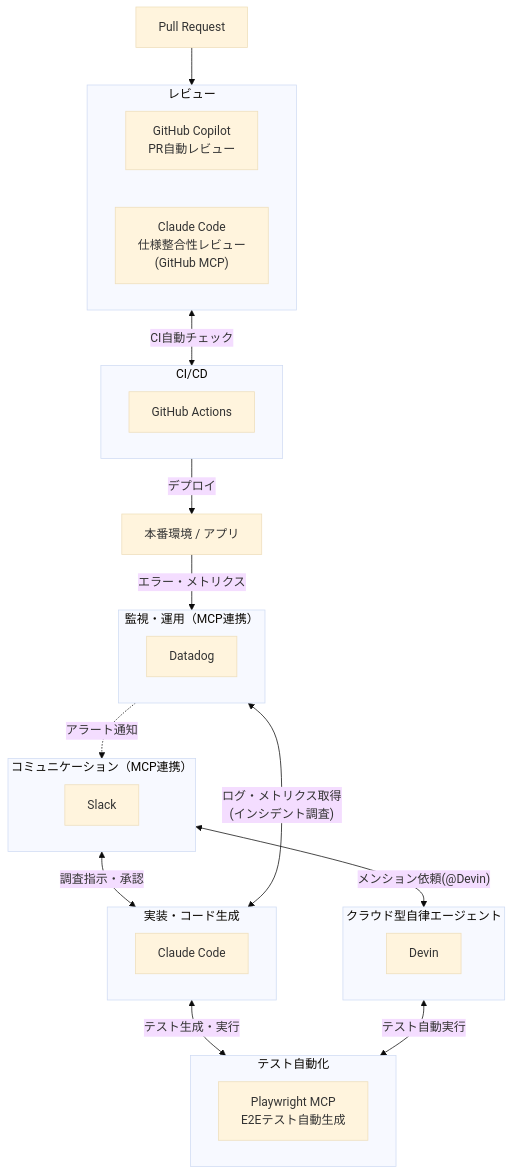
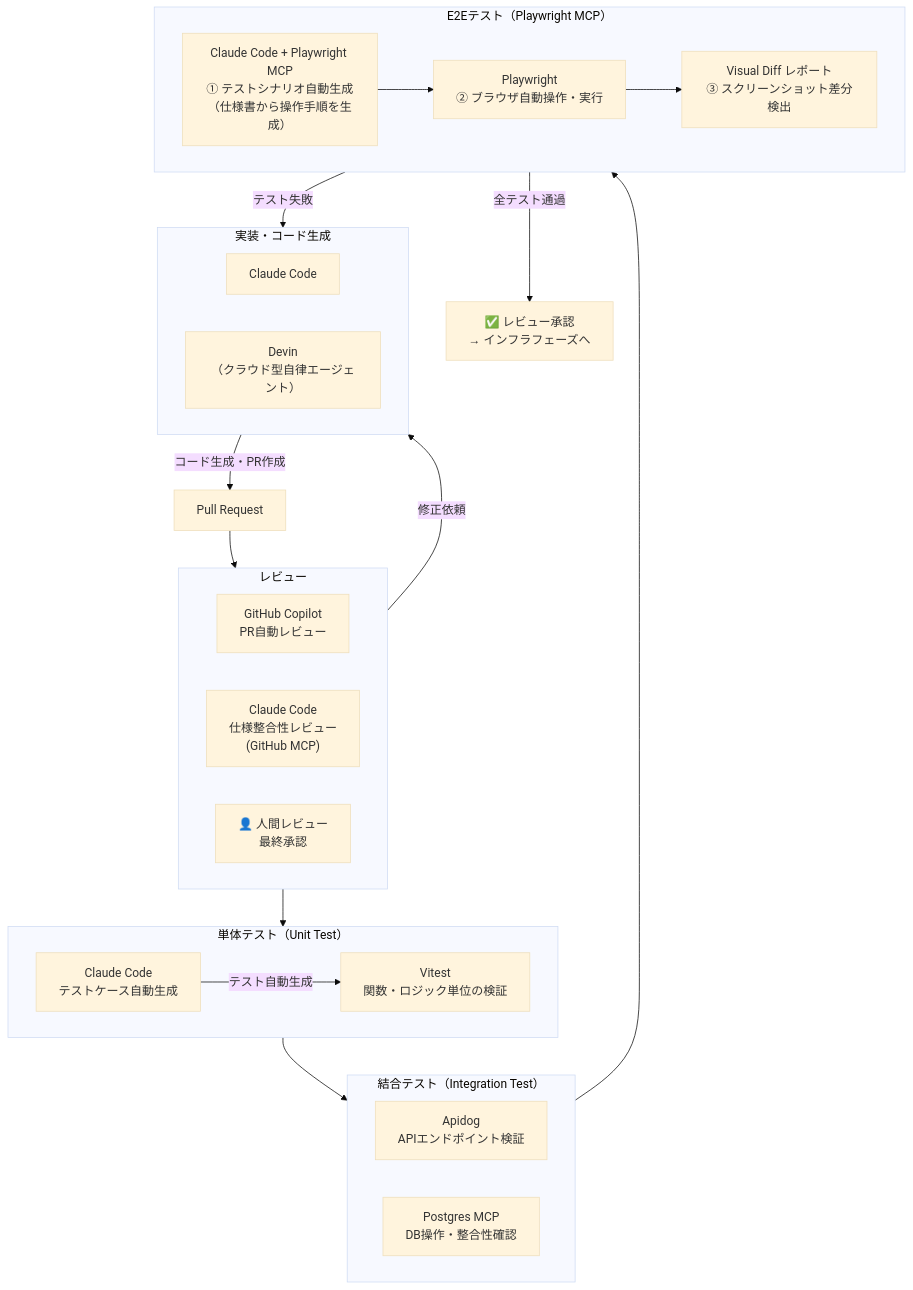
Before and after one commit to takuma39/ai: the sixth of 26 diagrams in AI駆動開発.md, drawn with Mermaid (base theme). The commit also changed other lines of this file, not shown here.

````diff
--- a/AI駆動開発.md
+++ b/AI駆動開発.md
@@ -230,46 +230,46 @@
 ```mermaid
 graph TD
     PR["Pull Request"]
 
     subgraph impl["実装・コード生成"]
         CC["Claude Code"]
-    end
-
-    subgraph saas_agent["クラウド型自律エージェント"]
-        Devin["Devin"]
+        Devin["Devin<br/>（クラウド型自律エージェント）"]
     end
 
     subgraph review["レビュー"]
         Copilot["GitHub Copilot<br/>PR自動レビュー"]
         ClaudeRev["Claude Code<br/>仕様整合性レビュー<br/>(GitHub MCP)"]
+        Human["👤 人間レビュー<br/>最終承認"]
     end
 
-    subgraph testing["テスト自動化"]
-        PW["Playwright MCP<br/>E2Eテスト自動生成"]
+    subgraph unit_test["単体テスト（Unit Test）"]
+        Vitest["Vitest<br/>関数・ロジック単位の検証"]
+        ClaudeUnit["Claude Code<br/>テストケース自動生成"]
     end
 
-    subgraph cicd["CI/CD"]
-        GHActions["GitHub Actions"]
+    subgraph integration_test["結合テスト（Integration Test）"]
+        APITest["Apidog<br/>APIエンドポイント検証"]
+        DBTest["Postgres MCP<br/>DB操作・整合性確認"]
     end
 
-    subgraph monitoring["監視・運用（MCP連携）"]
-        Monitor["Datadog"]
+    subgraph e2e_test["E2Eテスト（Playwright MCP）"]
+        PW_Gen["Claude Code + Playwright MCP<br/>① テストシナリオ自動生成<br/>（仕様書から操作手順を生成）"]
+        PW_Run["Playwright<br/>② ブラウザ自動操作・実行"]
+        PW_Report["Visual Diff レポート<br/>③ スクリーンショット差分検出"]
     end
 
-    subgraph communication["コミュニケーション（MCP連携）"]
-        Slack["Slack"]
-    end
-
-    Prod["本番環境 / アプリ"]
+    Approved["✅ レビュー承認<br/>→ インフラフェーズへ"]
 
     PR --> review
-    impl <-->|"テスト生成・実行"| testing
-    saas_agent <-->|"テスト自動実行"| testing
-    review <-->|"CI自動チェック"| cicd
-    cicd -->|"デプロイ"| Prod
-    Prod -->|"エラー・メトリクス"| monitoring
-    monitoring -.->|"アラート通知"| communication
-    communication <-->|"調査指示・承認"| impl
-    communication <-->|"メンション依頼(@Devin)"| saas_agent
-    monitoring <-->|"ログ・メトリクス取得<br/>(インシデント調査)"| impl
+    impl -->|"コード生成・PR作成"| PR
+    review --> unit_test
+    unit_test --> integration_test
+    integration_test --> e2e_test
+
+    ClaudeUnit -->|"テスト自動生成"| Vitest
+    PW_Gen --> PW_Run --> PW_Report
+
+    e2e_test -->|"全テスト通過"| Approved
+    e2e_test -->|"テスト失敗"| impl
+    review -->|"修正依頼"| impl
 ```
````
